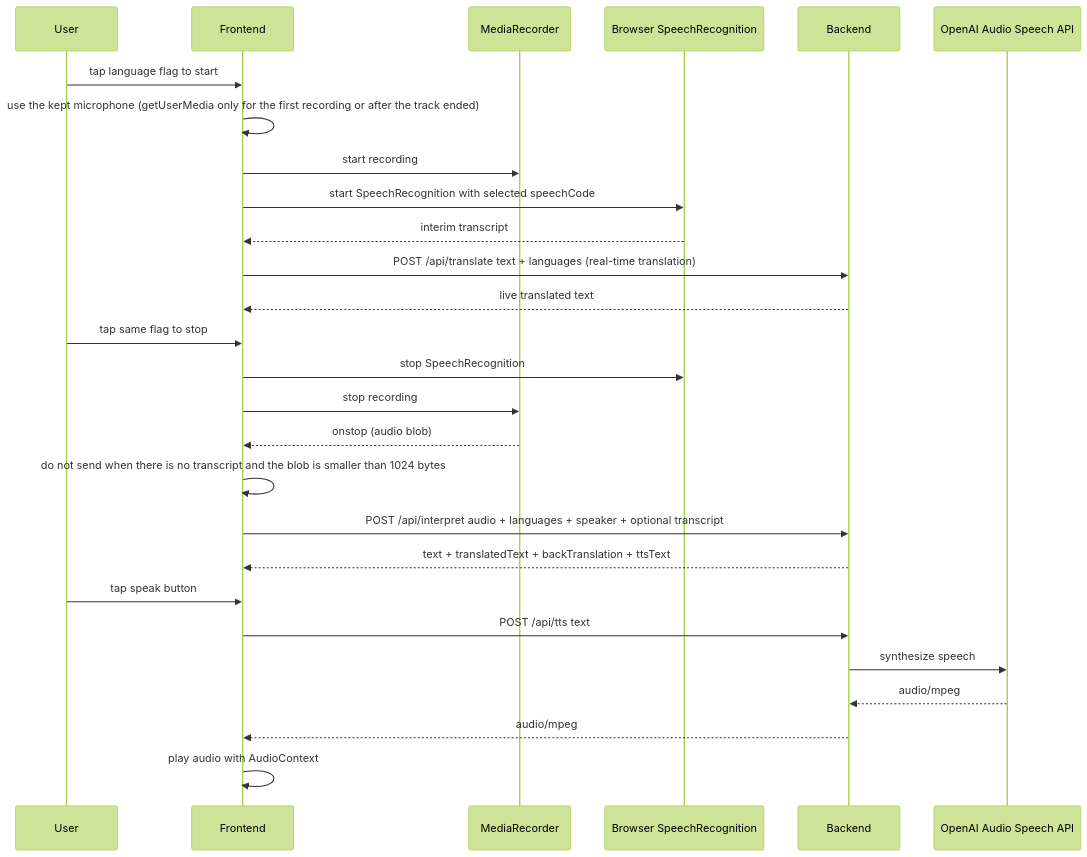
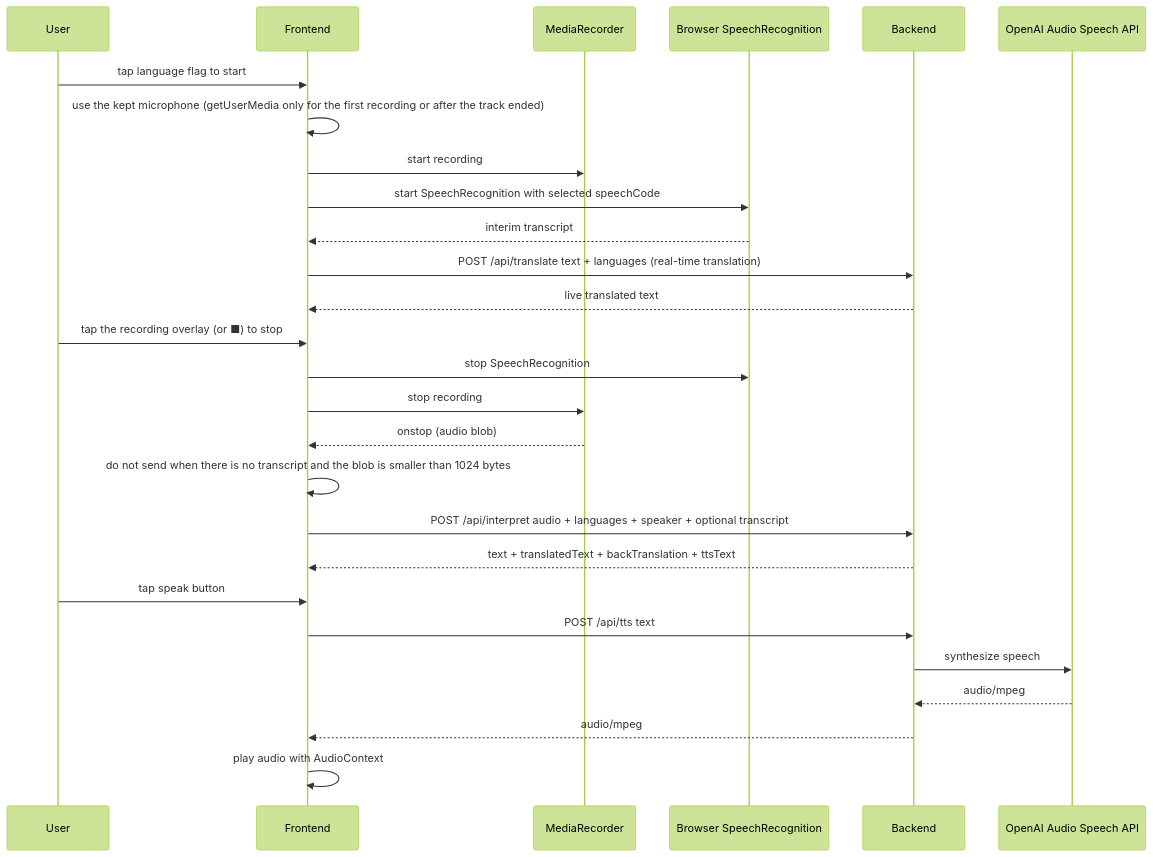
One commit to shin-arita/gotalk changed the third of 3 diagrams in docs/architecture.md. Above: the diagram before and after it, drawn with Mermaid (forest theme). The commit also changed other lines of this file and 11 other files, not shown here.

````diff
--- a/docs/architecture.md
+++ b/docs/architecture.md
@@ -166,31 +166,31 @@
 ```mermaid
 sequenceDiagram
   participant User as User
   participant FE as Frontend
   participant MR as MediaRecorder
   participant Browser as Browser SpeechRecognition
   participant BE as Backend
   participant TTS as OpenAI Audio Speech API
 
   User->>FE: tap language flag to start
   FE->>FE: use the kept microphone (getUserMedia only for the first recording or after the track ended)
   FE->>MR: start recording
   FE->>Browser: start SpeechRecognition with selected speechCode
   Browser-->>FE: interim transcript
   FE->>BE: POST /api/translate text + languages (real-time translation)
   BE-->>FE: live translated text
 
-  User->>FE: tap same flag to stop
+  User->>FE: tap the recording overlay (or ■) to stop
   FE->>Browser: stop SpeechRecognition
   FE->>MR: stop recording
   MR-->>FE: onstop (audio blob)
   FE->>FE: do not send when there is no transcript and the blob is smaller than 1024 bytes
   FE->>BE: POST /api/interpret audio + languages + speaker + optional transcript
   BE-->>FE: text + translatedText + backTranslation + ttsText
   User->>FE: tap speak button
   FE->>BE: POST /api/tts text
   BE->>TTS: synthesize speech
   TTS-->>BE: audio/mpeg
   BE-->>FE: audio/mpeg
   FE->>FE: play audio with AudioContext
 ```
````
